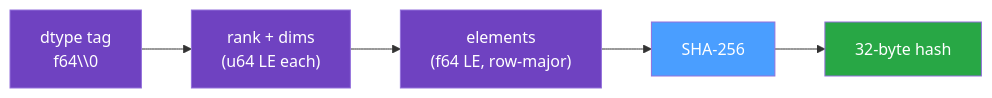
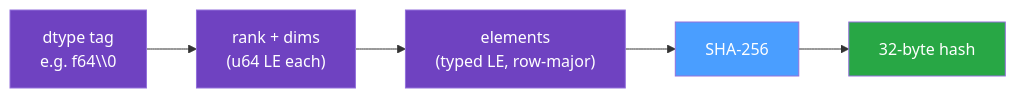
Before and after one commit to NatLabRockies/infrastore: the diagram in docs/src/explanation/content-addressing.md, drawn with Mermaid. The commit also changed other lines of this file and 21 other files, not shown here.

````diff
--- a/docs/src/explanation/content-addressing.md
+++ b/docs/src/explanation/content-addressing.md
@@ -16,13 +18,13 @@
 ```mermaid
 flowchart LR
-    T["dtype tag<br/>f64\\0"] --> S["rank + dims<br/>(u64 LE each)"]
-    S --> E["elements<br/>(f64 LE, row-major)"]
+    T["dtype tag<br/>e.g. f64\\0"] --> S["rank + dims<br/>(u64 LE each)"]
+    S --> E["elements<br/>(typed LE, row-major)"]
     E --> H["SHA-256"]
     H --> D["32-byte hash"]
 
     style T fill:#6f42c1,color:#fff
     style S fill:#6f42c1,color:#fff
     style E fill:#6f42c1,color:#fff
     style H fill:#4a9eff,color:#fff
     style D fill:#28a745,color:#fff
 ```
````
